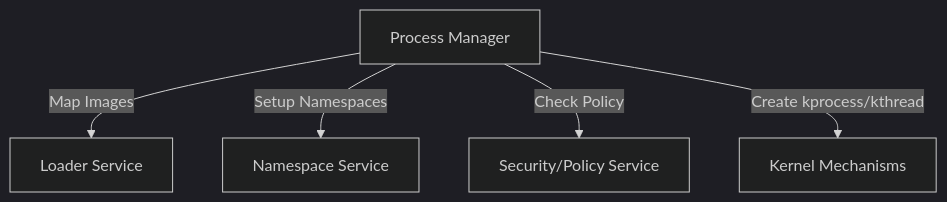
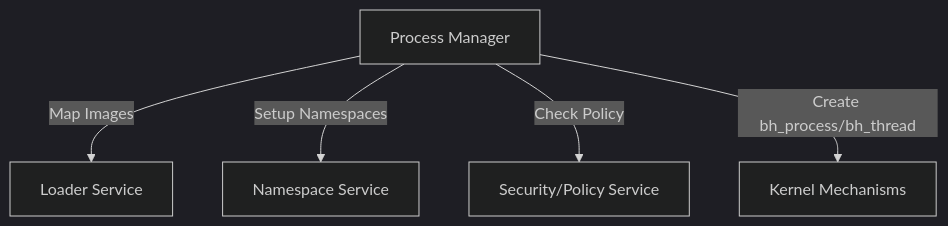
Before and after one commit to CloudCarpentry/Bharat-OS: the diagram in docs/architecture/services/process_manager.md, drawn with Mermaid (dark theme). The commit also changed other lines of this file and 884 other files, not shown here.

````diff
--- a/docs/architecture/services/process_manager.md
+++ b/docs/architecture/services/process_manager.md
@@ -35,13 +35,13 @@
 ```mermaid
 graph TD
     PM[Process Manager]
     Loader[Loader Service]
     NS[Namespace Service]
     Sec[Security/Policy Service]
     Kern[Kernel Mechanisms]
 
     PM -->|Map Images| Loader
     PM -->|Setup Namespaces| NS
     PM -->|Check Policy| Sec
-    PM -->|Create kprocess/kthread| Kern
+    PM -->|Create bh_process/bh_thread| Kern
 ```
````
